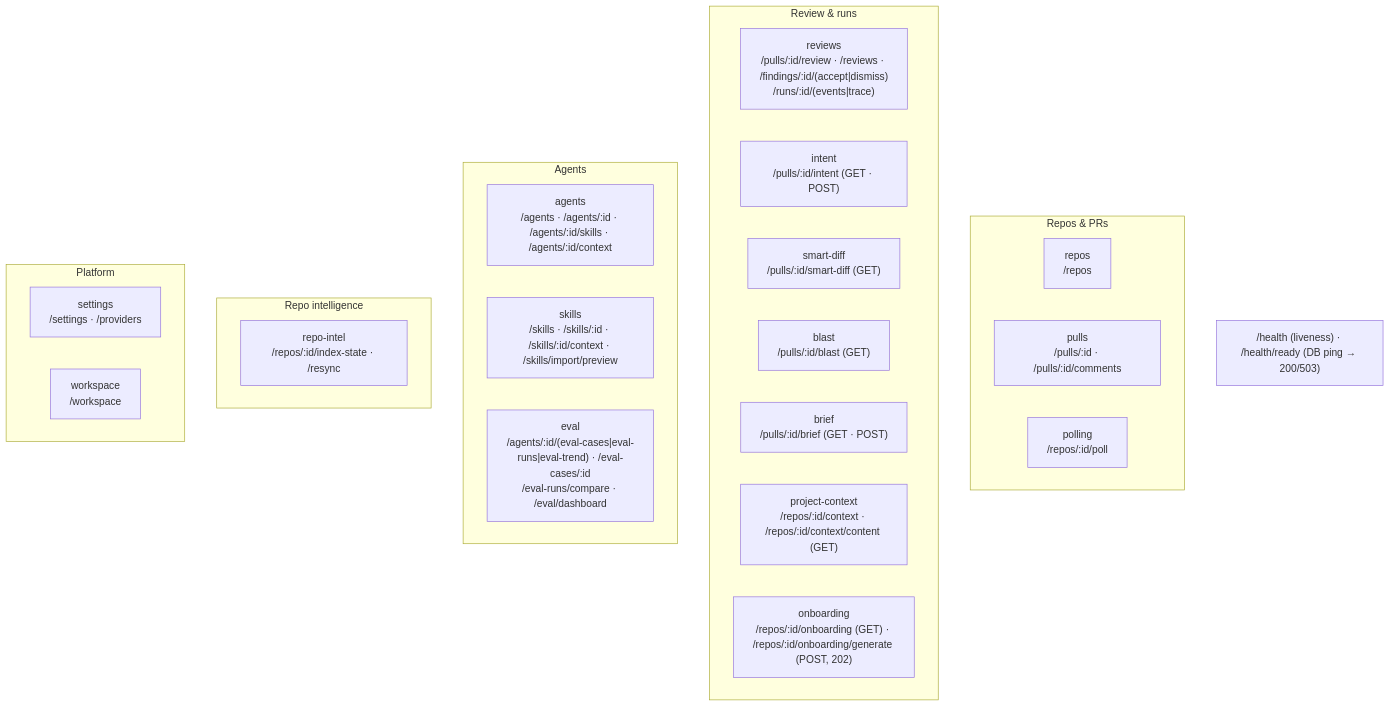
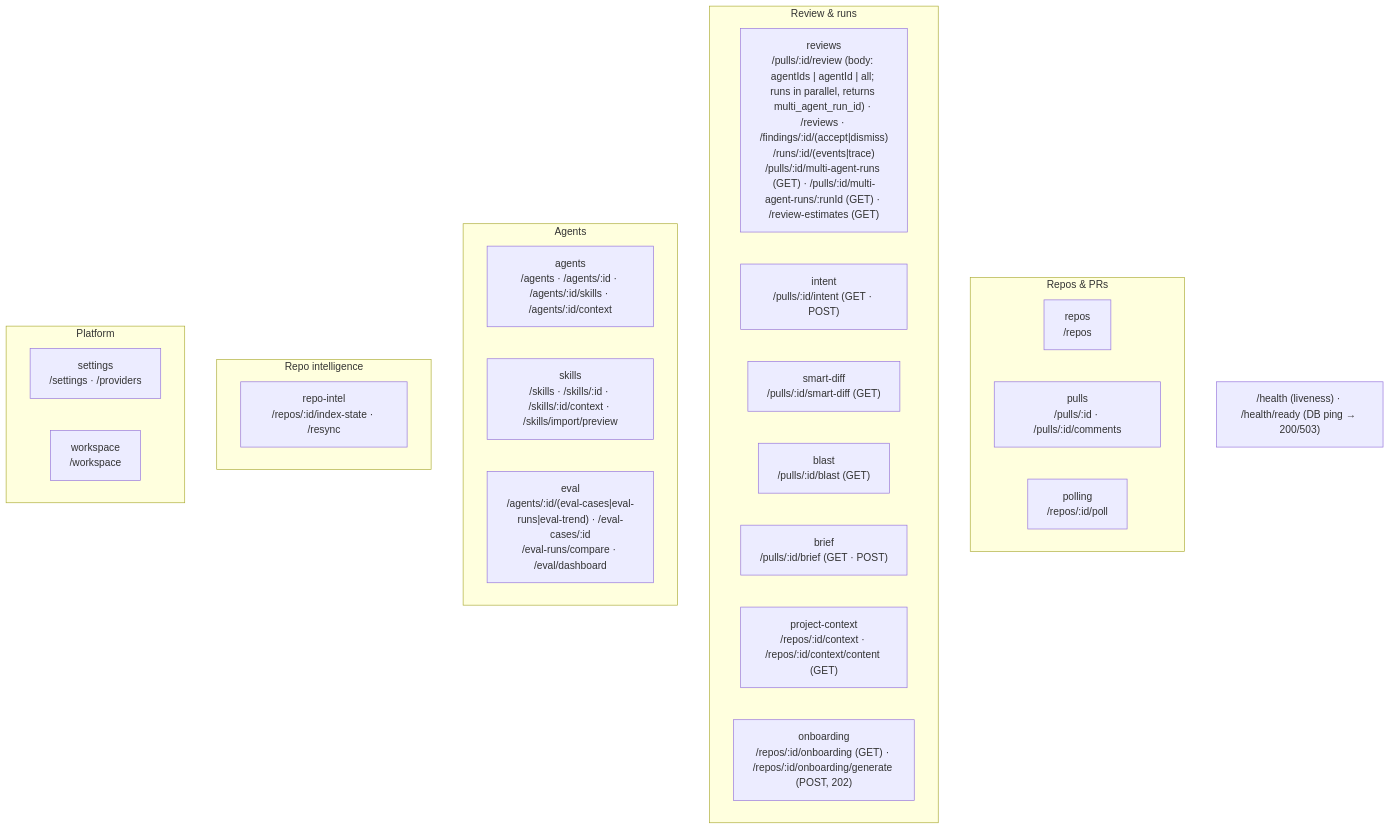
The second of 2 diagrams in server/README.md (artemmmon/dev-digest), drawn with Mermaid before and after one commit. The commit also changed 126 other files, not shown here.

First line of the commit message:
feat: Multi-Agent Review — parallel runs, live columns, grouped findings and "Where agents disagree"

````diff
--- a/server/README.md
+++ b/server/README.md
@@ -69,30 +69,30 @@
 ```mermaid
 flowchart TB
   subgraph Repos_PRs["Repos & PRs"]
     repos["repos<br/>/repos"]
     pulls["pulls<br/>/pulls/:id · /pulls/:id/comments"]
     polling["polling<br/>/repos/:id/poll"]
   end
   subgraph Review["Review & runs"]
-    reviews["reviews<br/>/pulls/:id/review · /reviews · /findings/:id/(accept|dismiss)<br/>/runs/:id/(events|trace)"]
+    reviews["reviews<br/>/pulls/:id/review (body: agentIds | agentId | all; runs in parallel, returns multi_agent_run_id) · /reviews · /findings/:id/(accept|dismiss)<br/>/runs/:id/(events|trace)<br/>/pulls/:id/multi-agent-runs (GET) · /pulls/:id/multi-agent-runs/:runId (GET) · /review-estimates (GET)"]
     intent["intent<br/>/pulls/:id/intent (GET · POST)"]
     smartDiff["smart-diff<br/>/pulls/:id/smart-diff (GET)"]
     blast["blast<br/>/pulls/:id/blast (GET)"]
     brief["brief<br/>/pulls/:id/brief (GET · POST)"]
     projectContext["project-context<br/>/repos/:id/context · /repos/:id/context/content (GET)"]
     onboarding["onboarding<br/>/repos/:id/onboarding (GET) · /repos/:id/onboarding/generate (POST, 202)"]
   end
   subgraph Agents["Agents"]
     agents["agents<br/>/agents · /agents/:id · /agents/:id/skills · /agents/:id/context"]
     skills["skills<br/>/skills · /skills/:id · /skills/:id/context · /skills/import/preview"]
     evalModule["eval<br/>/agents/:id/(eval-cases|eval-runs|eval-trend) · /eval-cases/:id<br/>/eval-runs/compare · /eval/dashboard"]
   end
   subgraph Intel["Repo intelligence"]
     repoIntel["repo-intel<br/>/repos/:id/index-state · /resync"]
   end
   subgraph Platform["Platform"]
     settings["settings<br/>/settings · /providers"]
     workspace["workspace<br/>/workspace"]
   end
   HEALTH["/health (liveness) · /health/ready (DB ping → 200/503)"]
 ```
````
